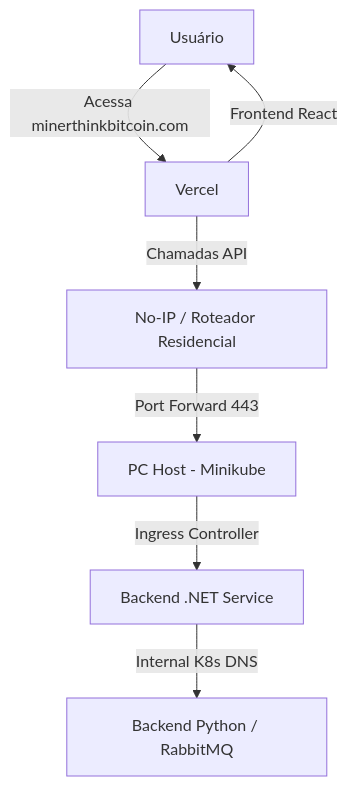
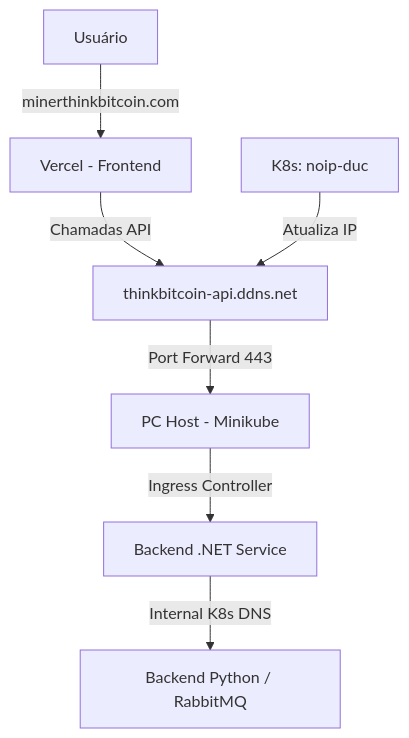
One commit to hellamah/ThinkBitcoin-Front changed the diagram in docs/DEPLOYMENT.md. Above: the diagram before and after it, drawn with Mermaid. The commit also changed other lines of this file and 2 other files, not shown here.

Commit message:
feat: add No-IP DUC deployment and credentials secret for dynamic DNS updates

````diff
--- a/docs/DEPLOYMENT.md
+++ b/docs/DEPLOYMENT.md
@@ -7,9 +7,9 @@
 ```mermaid
 graph TD
-    A[Usuário] -->|Acessa minerthinkbitcoin.com| B[Vercel]
-    B -->|Frontend React| A
-    B -->|Chamadas API| C[No-IP / Roteador Residencial]
+    A[Usuário] -->|minerthinkbitcoin.com| B[Vercel - Frontend]
+    B -->|Chamadas API| C[thinkbitcoin-api.ddns.net]
     C -->|Port Forward 443| D[PC Host - Minikube]
     D -->|Ingress Controller| E[Backend .NET Service]
     E -->|Internal K8s DNS| F[Backend Python / RabbitMQ]
+    G[K8s: noip-duc] -->|Atualiza IP| C
 ```
````
